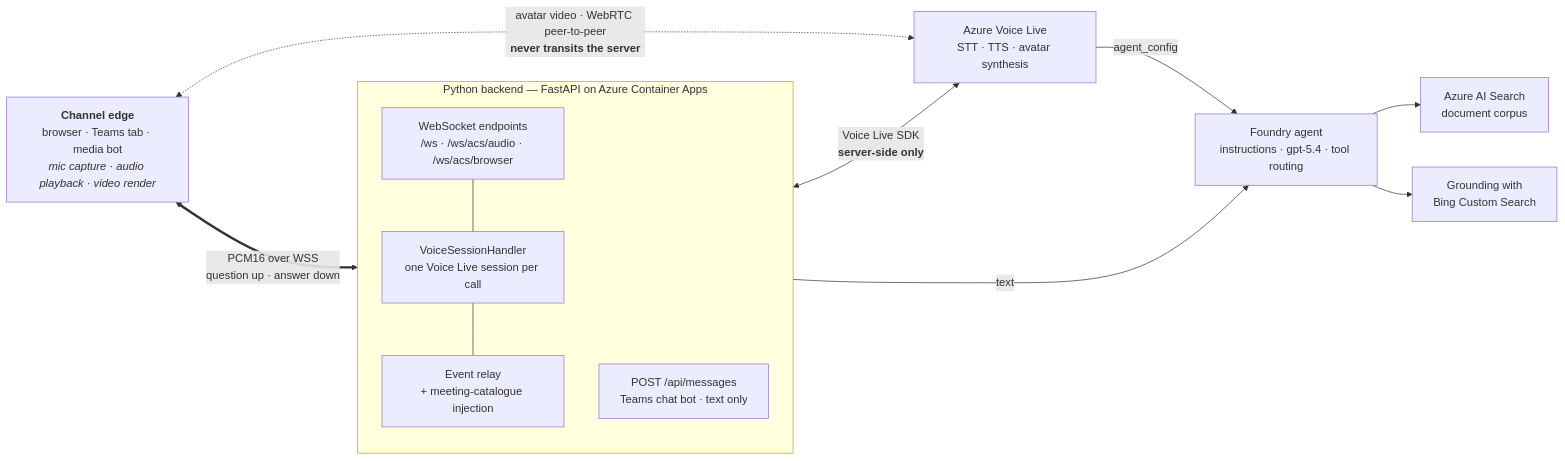
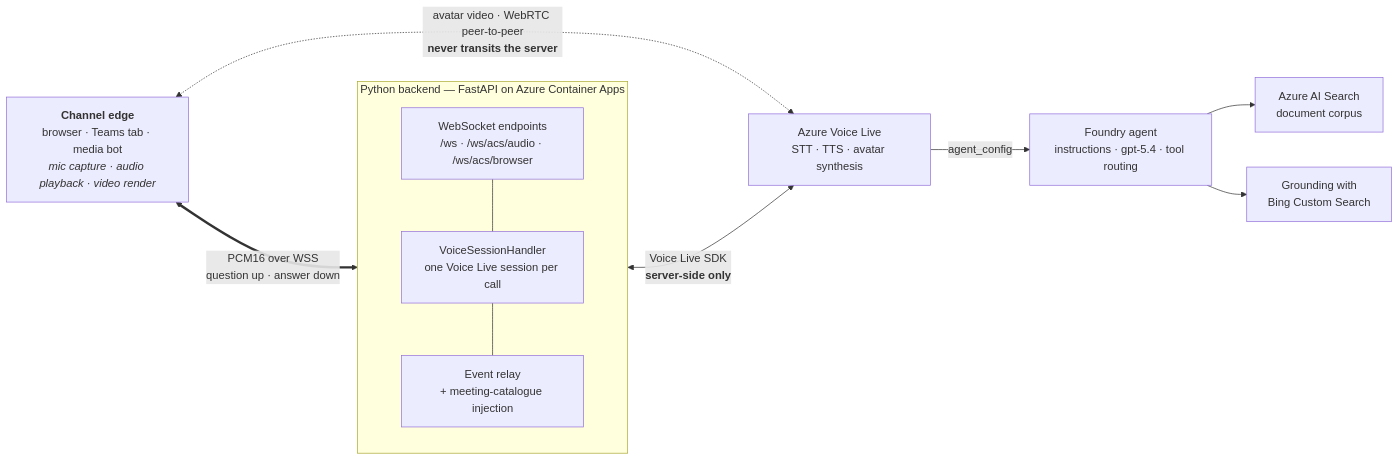
One commit to SridharArrabelly/avatar-forge changed the diagram in docs/architecture.md. Above: the diagram before and after it, drawn with Mermaid. The commit also changed other lines of this file and 65 other files, not shown here.

First line of the commit message:
Add model mode as a second Voice Live binding, retire the text-only Teams surface, and fix the docs that drifted (#80)

````diff
--- a/docs/architecture.md
+++ b/docs/architecture.md
@@ -15,27 +22,25 @@
 ```mermaid
 flowchart LR
     EDGE["<b>Channel edge</b><br/>browser · Teams tab · media bot<br/><i>mic capture · audio playback · video render</i>"]
 
     subgraph Server["Python backend — FastAPI on Azure Container Apps"]
         direction TB
         WS["WebSocket endpoints<br/>/ws · /ws/acs/audio · /ws/acs/browser"]
         H["VoiceSessionHandler<br/>one Voice Live session per call"]
         EV["Event relay<br/>+ meeting-catalogue injection"]
-        BOT["POST /api/messages<br/>Teams chat bot · text only"]
         WS --- H
         H --- EV
     end
 
     VLS["Azure Voice Live<br/>STT · TTS · avatar synthesis"]
     AGENT["Foundry agent<br/>instructions · gpt-5.4 · tool routing"]
     SEARCH["Azure AI Search<br/>document corpus"]
     NEWS["Grounding with<br/>Bing Custom Search"]
 
     EDGE <== "PCM16 over WSS<br/>question up · answer down" ==> WS
     EDGE <-. "avatar video · WebRTC peer-to-peer<br/><b>never transits the server</b>" .-> VLS
     H <-- "Voice Live SDK<br/><b>server-side only</b>" --> VLS
     VLS -- "agent_config" --> AGENT
-    BOT -- "text" --> AGENT
     AGENT --> SEARCH
     AGENT --> NEWS
 ```
````
